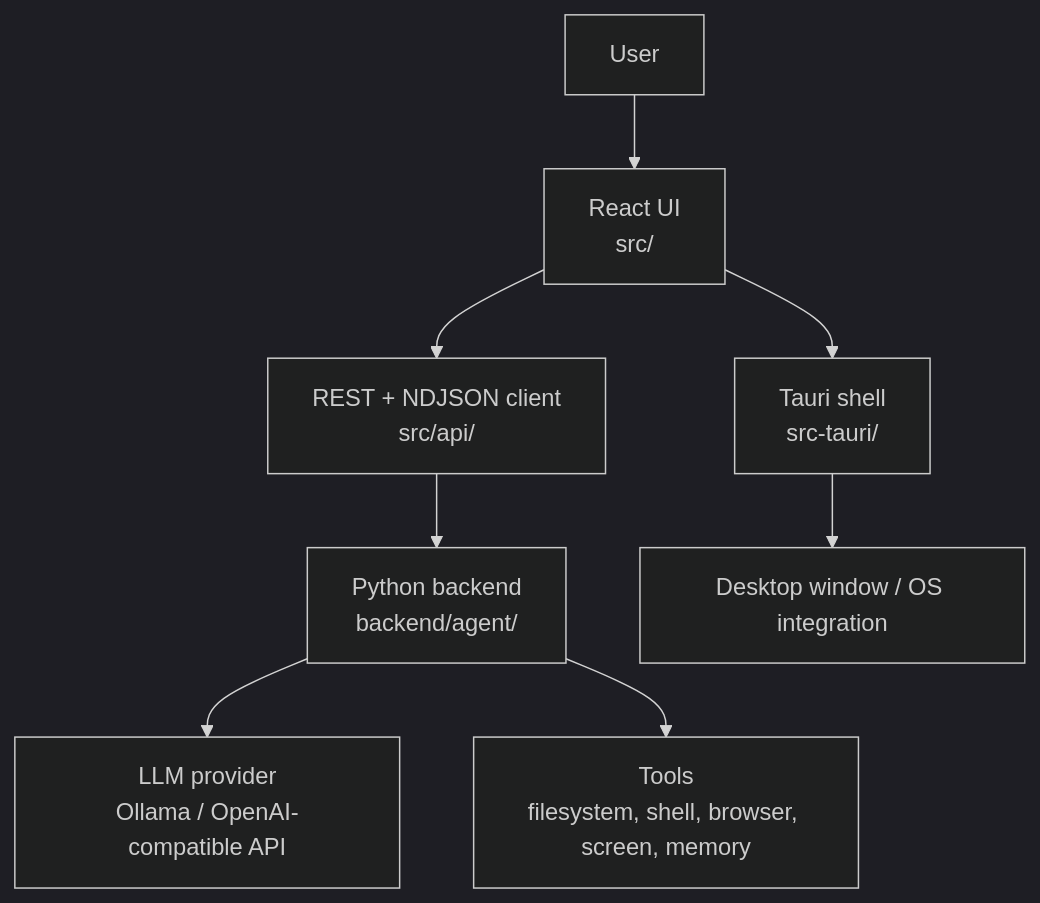
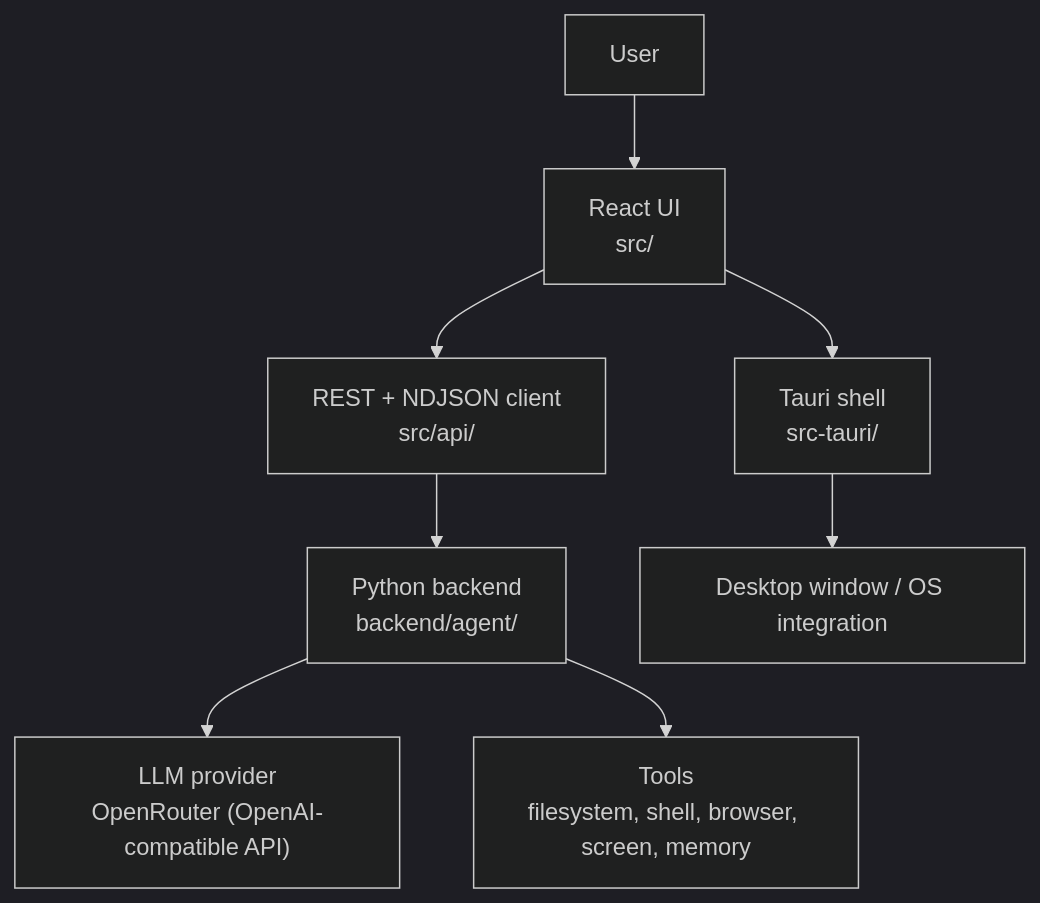
Before and after one commit to elev1e1nSure/warden-desktop: the first of 2 diagrams in docs/architecture.md, drawn with Mermaid (dark theme). The commit also changed other lines of this file and 5 other files, not shown here.

````diff
--- a/docs/architecture.md
+++ b/docs/architecture.md
@@ -5,10 +5,10 @@
 ```mermaid
 flowchart TD
   User["User"] --> UI["React UI<br/>src/"]
   UI --> API["REST + NDJSON client<br/>src/api/"]
   API --> Backend["Python backend<br/>backend/agent/"]
-  Backend --> LLM["LLM provider<br/>Ollama / OpenAI-compatible API"]
+  Backend --> LLM["LLM provider<br/>OpenRouter (OpenAI-compatible API)"]
   Backend --> Tools["Tools<br/>filesystem, shell, browser, screen, memory"]
   UI --> Tauri["Tauri shell<br/>src-tauri/"]
   Tauri --> OS["Desktop window / OS integration"]
 ```
````
